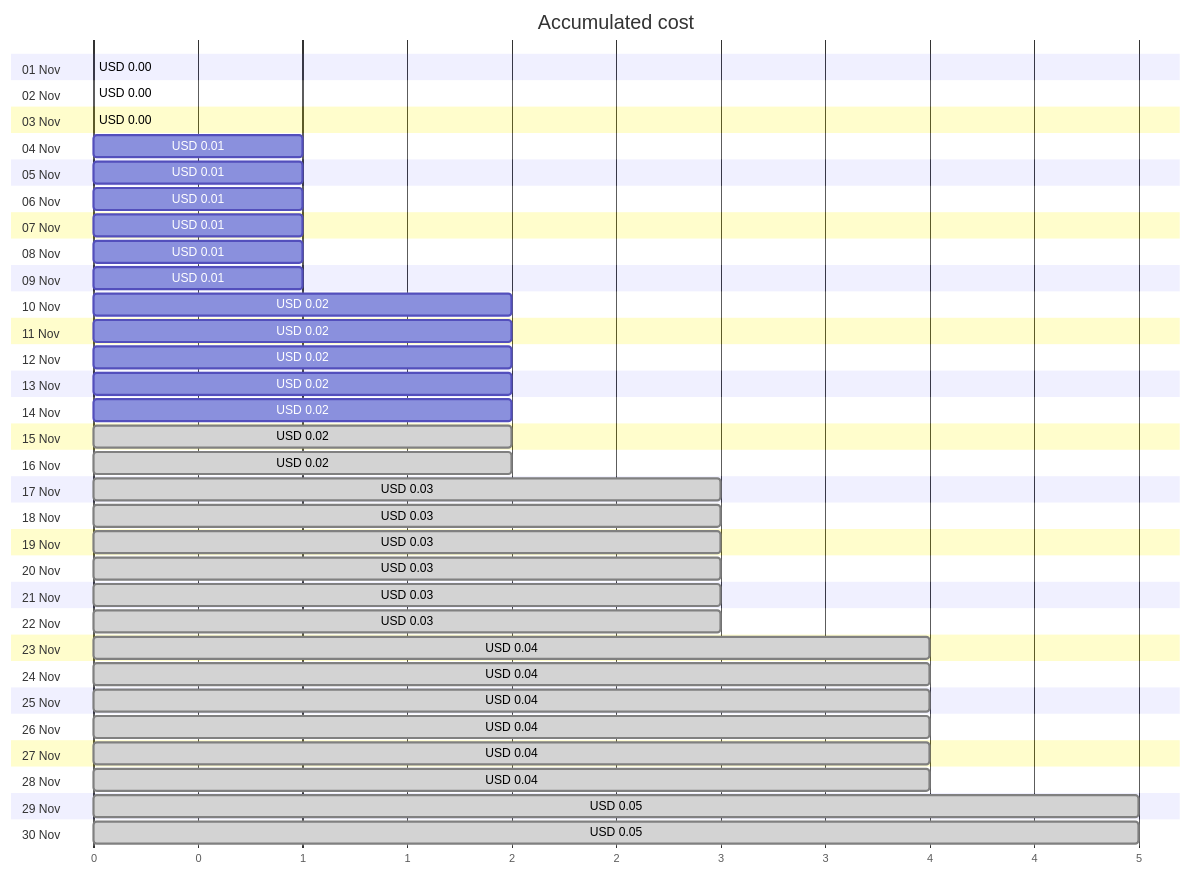
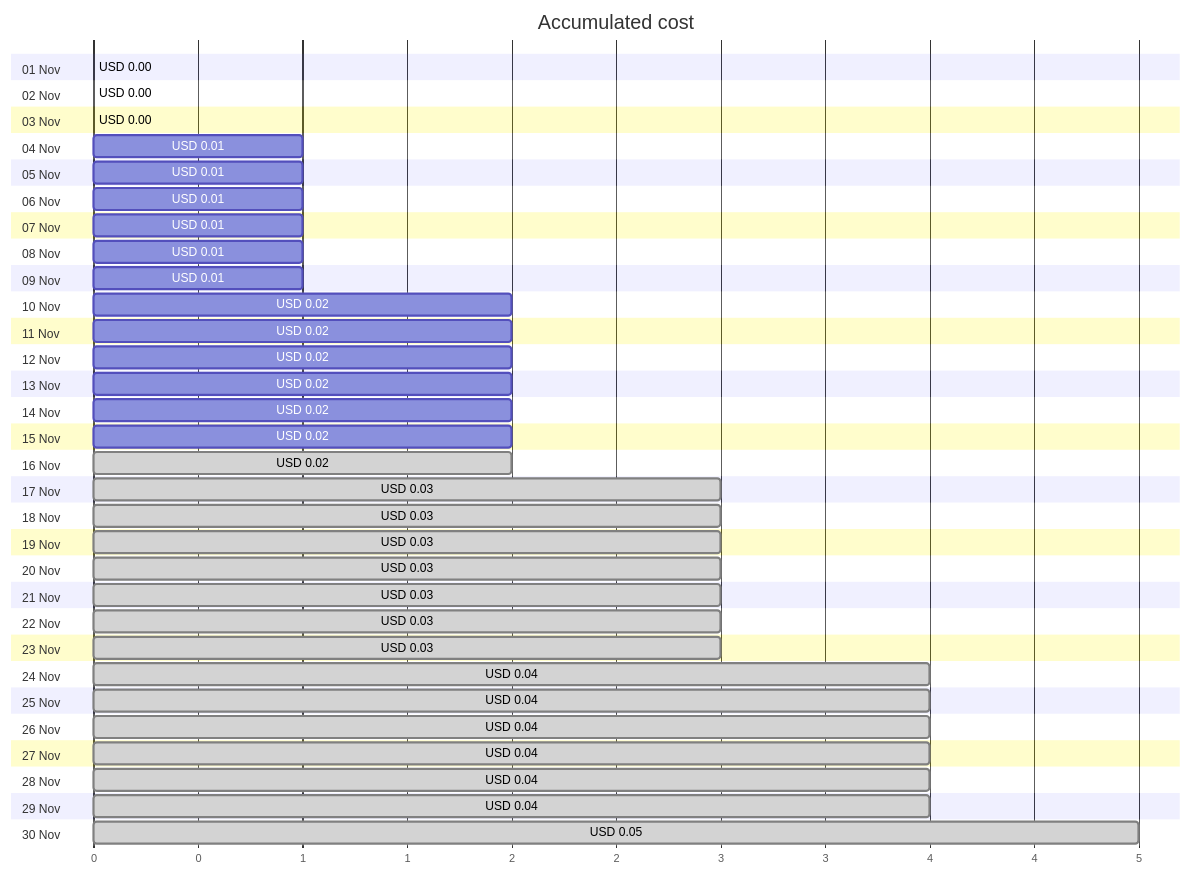
One commit to jpfulton/azure-personal-reports changed the first of 4 diagrams in cost-reports/personal-site/personalsiteapistorage.md. Above: the diagram before and after it, drawn with Mermaid. The commit also changed other lines of this file and 6 other files, not shown here.

````diff
--- a/cost-reports/personal-site/personalsiteapistorage.md
+++ b/cost-reports/personal-site/personalsiteapistorage.md
@@ -20,66 +20,66 @@
 ```mermaid
 gantt
    title Accumulated cost
    dateFormat  X
    axisFormat %s
    section 01 Nov
    USD 0.00 :0, 0
    section 02 Nov
    USD 0.00 :0, 0
    section 03 Nov
    USD 0.00 :0, 0
    section 04 Nov
    USD 0.01 :0, 1
    section 05 Nov
    USD 0.01 :0, 1
    section 06 Nov
    USD 0.01 :0, 1
    section 07 Nov
    USD 0.01 :0, 1
    section 08 Nov
    USD 0.01 :0, 1
    section 09 Nov
    USD 0.01 :0, 1
    section 10 Nov
    USD 0.02 :0, 2
    section 11 Nov
    USD 0.02 :0, 2
    section 12 Nov
    USD 0.02 :0, 2
    section 13 Nov
    USD 0.02 :0, 2
    section 14 Nov
    USD 0.02 :0, 2
    section 15 Nov
-   USD 0.02 : done, 0, 2
+   USD 0.02 :0, 2
    section 16 Nov
    USD 0.02 : done, 0, 2
    section 17 Nov
    USD 0.03 : done, 0, 3
    section 18 Nov
    USD 0.03 : done, 0, 3
    section 19 Nov
    USD 0.03 : done, 0, 3
    section 20 Nov
    USD 0.03 : done, 0, 3
    section 21 Nov
    USD 0.03 : done, 0, 3
    section 22 Nov
    USD 0.03 : done, 0, 3
    section 23 Nov
-   USD 0.04 : done, 0, 4
+   USD 0.03 : done, 0, 3
    section 24 Nov
    USD 0.04 : done, 0, 4
    section 25 Nov
    USD 0.04 : done, 0, 4
    section 26 Nov
    USD 0.04 : done, 0, 4
    section 27 Nov
    USD 0.04 : done, 0, 4
    section 28 Nov
    USD 0.04 : done, 0, 4
    section 29 Nov
-   USD 0.05 : done, 0, 5
+   USD 0.04 : done, 0, 4
    section 30 Nov
    USD 0.05 : done, 0, 5
 ```
````
